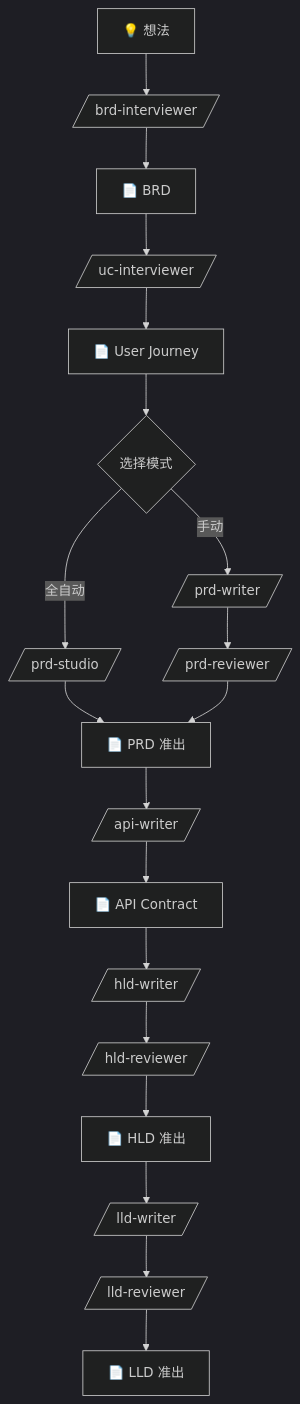
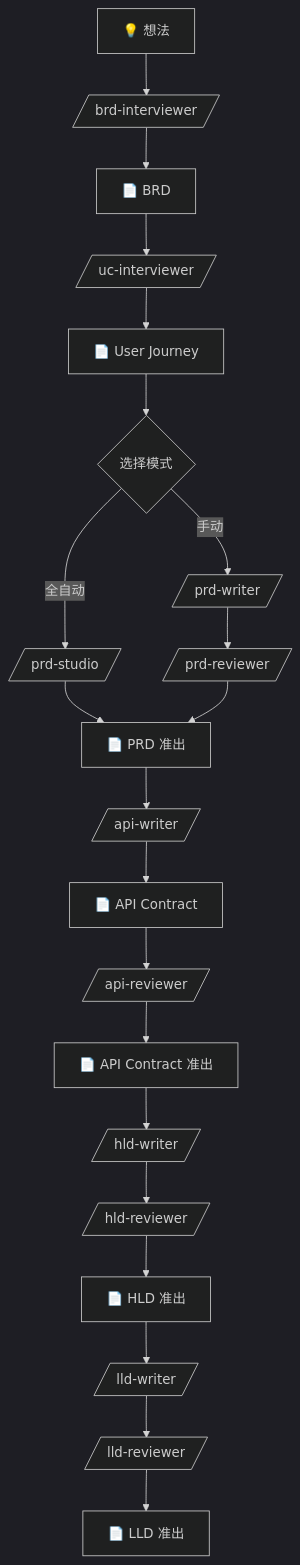
Before and after one commit to TestAny-io/testany-agent-skills: the first of 2 diagrams in plugins/testany-eng/README.md, drawn with Mermaid (dark theme). The commit also changed other lines of this file and 8 other files, not shown here.

Commit message:
Add api-reviewer skill and docs

````diff
--- a/plugins/testany-eng/README.md
+++ b/plugins/testany-eng/README.md
@@ -18,24 +18,26 @@
 ```mermaid
 flowchart TD
     A[💡 想法] --> B[/brd-interviewer/]
     B --> C[📄 BRD]
     C --> D[/uc-interviewer/]
     D --> E[📄 User Journey]
     E --> F{选择模式}
 
     F -->|手动| G[/prd-writer/]
     F -->|全自动| H[/prd-studio/]
 
     G --> I[/prd-reviewer/]
     H --> J[📄 PRD 准出]
     I --> J
 
     J --> K[/api-writer/]
     K --> L[📄 API Contract]
-    L --> M[/hld-writer/]
-    M --> N[/hld-reviewer/]
-    N --> O[📄 HLD 准出]
-    O --> P[/lld-writer/]
-    P --> Q[/lld-reviewer/]
-    Q --> R[📄 LLD 准出]
+    L --> M[/api-reviewer/]
+    M --> N[📄 API Contract 准出]
+    N --> O[/hld-writer/]
+    O --> P[/hld-reviewer/]
+    P --> Q[📄 HLD 准出]
+    Q --> R[/lld-writer/]
+    R --> S[/lld-reviewer/]
+    S --> T[📄 LLD 准出]
 ```
````
